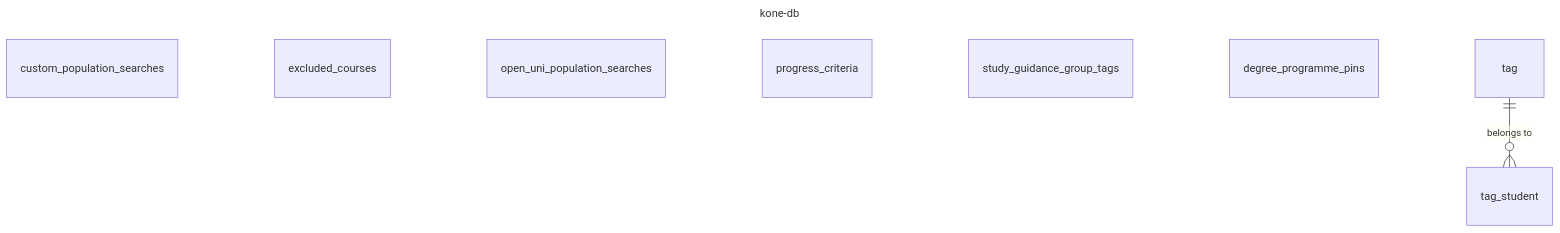
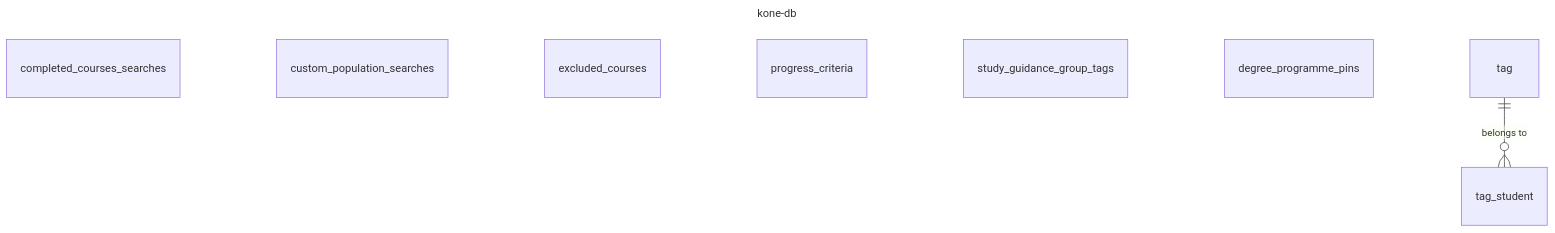
The second of 3 diagrams in documentation/databases.md (UniversityOfHelsinkiCS/oodikone), drawn with Mermaid before and after one commit. The commit also changed 12 other files, not shown here.

Commit message:
Decouple completed courses search DB logic from open uni

````diff
--- a/documentation/databases.md
+++ b/documentation/databases.md
@@ -46,15 +46,15 @@
 ```mermaid
 ---
 title: kone-db
 ---
 erDiagram
+  completed_courses_searches
   custom_population_searches
   excluded_courses
-  open_uni_population_searches
   progress_criteria
   study_guidance_group_tags
   degree_programme_pins
   tag ||--o{ tag_student : "belongs to"
   tag
   tag_student
 ```
````
